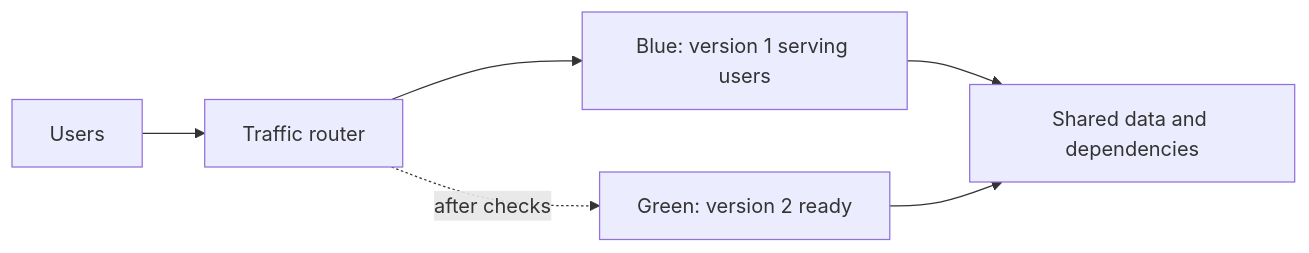
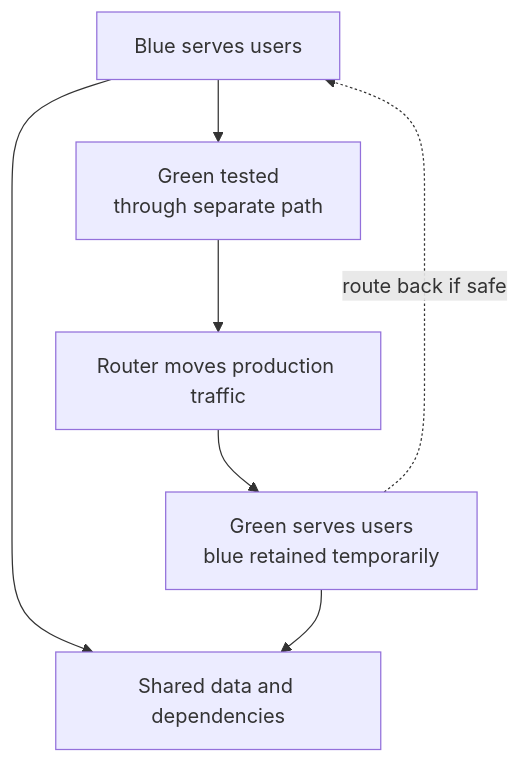
One commit to David-A18/MY-humble-knowledge-for-everyone changed the diagram in knowledge/cloud/solutions/blue-green-deployment.md. Above: the diagram before and after it, drawn with Mermaid. The commit also changed other lines of this file and 7 other files, not shown here.

Commit message:
Clarify blue-green traffic and rollback teaching

````diff
--- a/knowledge/cloud/solutions/blue-green-deployment.md
+++ b/knowledge/cloud/solutions/blue-green-deployment.md
@@ -46,8 +66,9 @@
 ```mermaid
-flowchart LR
-  users["Users"] --> router["Traffic router"]
-  router --> blue["Blue: version 1 serving users"]
-  router -. "after checks" .-> green["Green: version 2 ready"]
+flowchart TB
+  blue["Blue serves users"] --> test["Green tested<br/>through separate path"]
+  test --> route["Router moves production traffic"]
+  route --> green["Green serves users<br/>blue retained temporarily"]
+  green -. "route back if safe" .-> blue
   blue --> data["Shared data and dependencies"]
   green --> data
 ```
````
